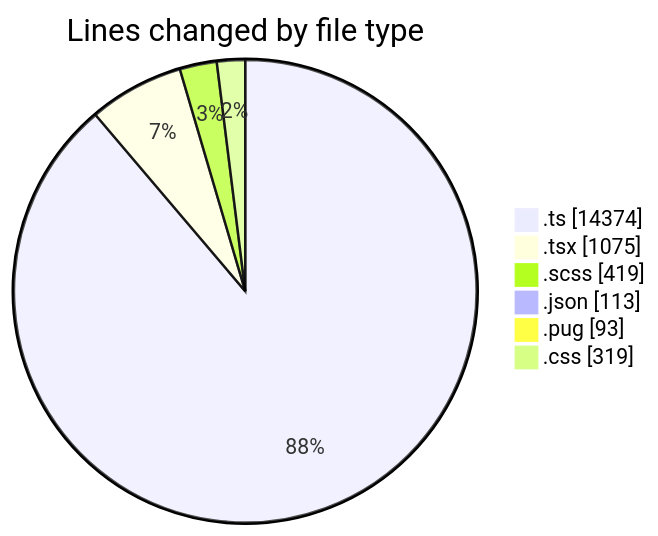
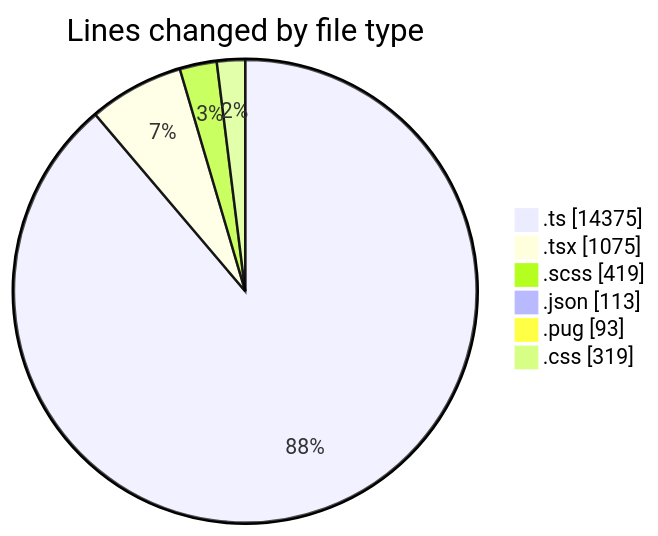
One commit to momahboobian/code-tracking changed the first of 2 diagrams in 2026-10-29/cda/README.md. Above: the diagram before and after it, drawn with Mermaid. The commit also changed other lines of this file and 1 other file, not shown here.

````diff
--- a/2026-10-29/cda/README.md
+++ b/2026-10-29/cda/README.md
@@ -36,10 +36,10 @@
 ```mermaid
 pie showData
 title Lines changed by file type
-".ts" : 14374
+".ts" : 14375
 ".tsx" : 1075
 ".scss" : 419
 ".json" : 113
 ".pug" : 93
 ".css" : 319
 ```
````
